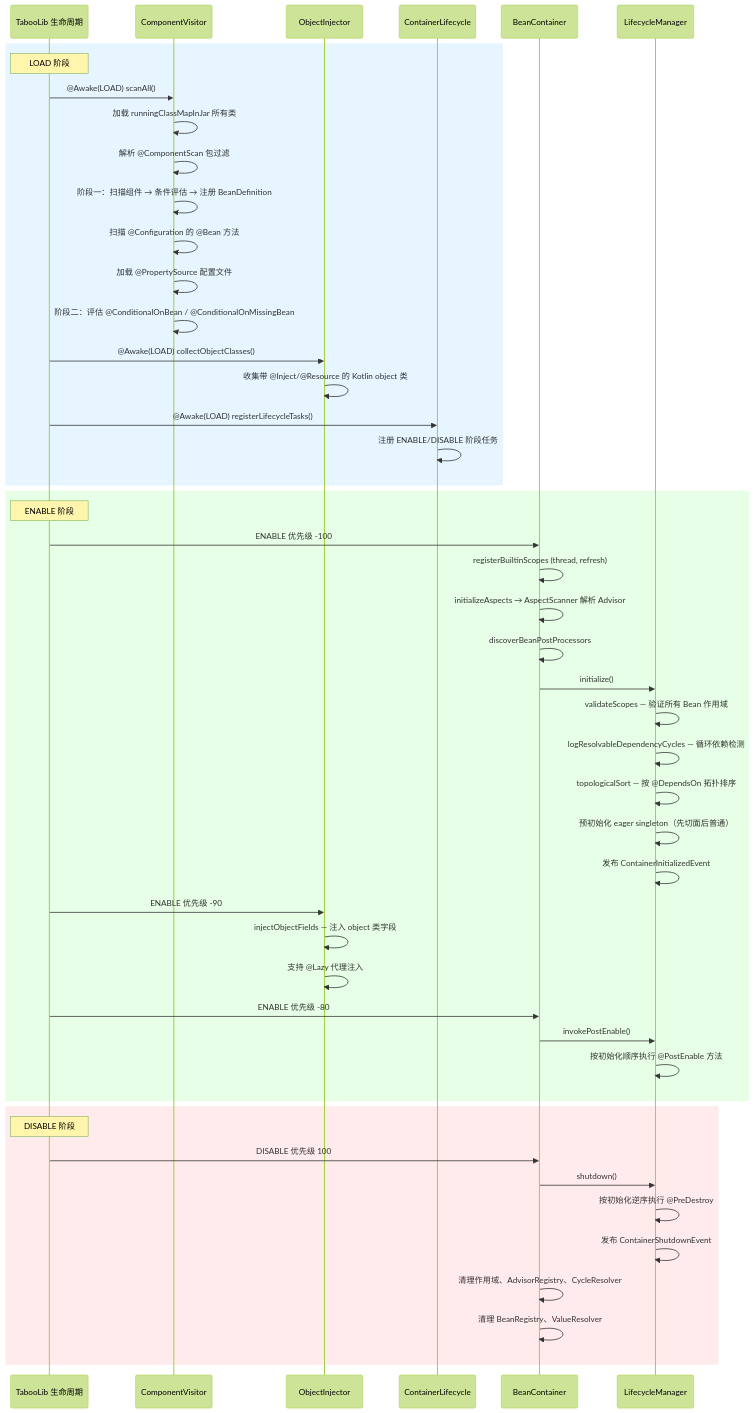
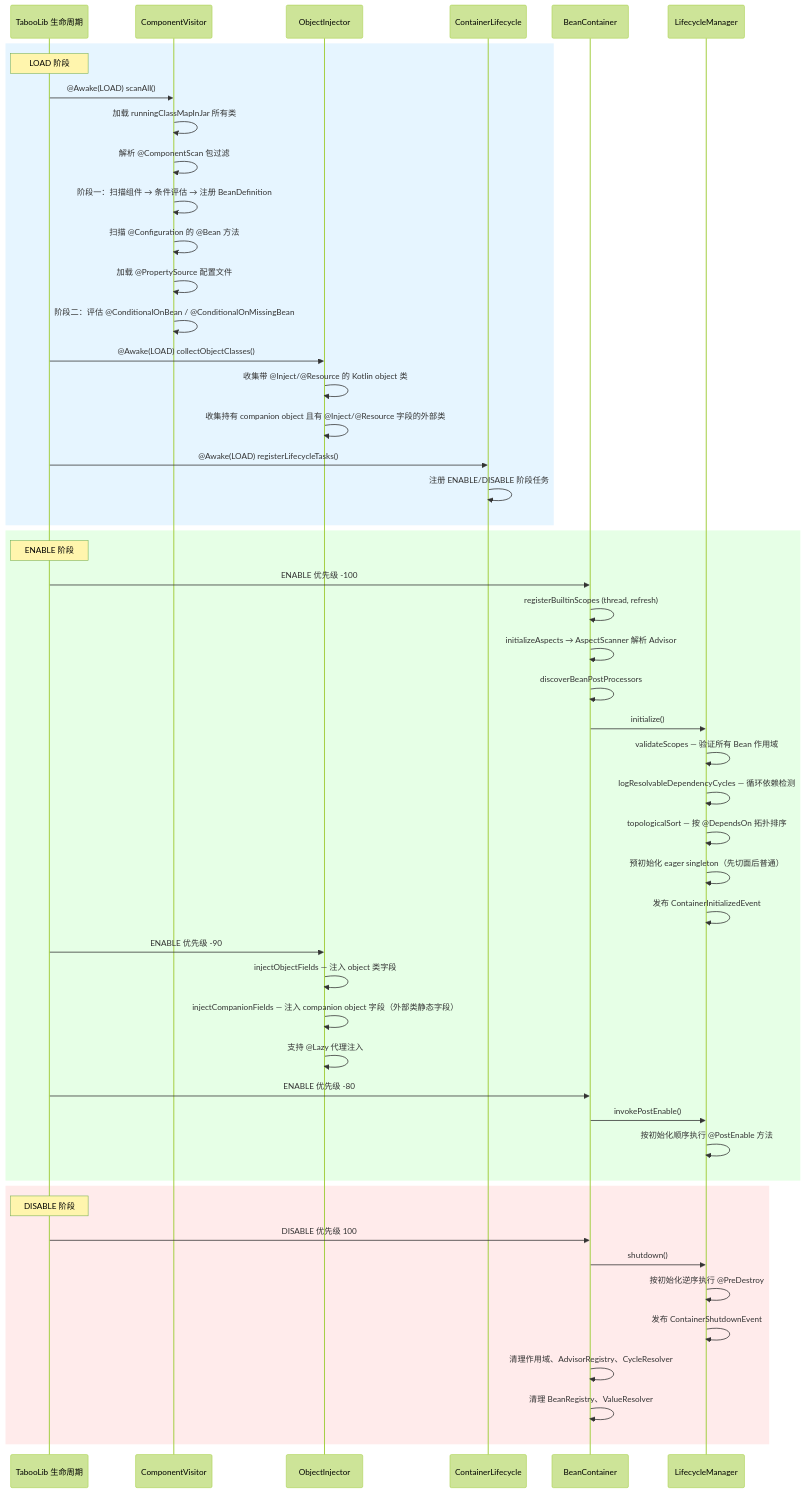
Before and after one commit to wcpe/taboolib-ioc: the second of 4 diagrams in docs/architecture.md, drawn with Mermaid (forest theme). The commit also changed other lines of this file and 3 other files, not shown here.

First line of the commit message:
feat(ioc): 支持 Kotlin companion object 自动注入

````diff
--- a/docs/architecture.md
+++ b/docs/architecture.md
@@ -76,56 +76,58 @@
 ```mermaid
 sequenceDiagram
     participant TL as TabooLib 生命周期
     participant CV as ComponentVisitor
     participant OI as ObjectInjector
     participant CL as ContainerLifecycle
     participant BC as BeanContainer
     participant LM as LifecycleManager
 
     rect rgb(230, 245, 255)
         Note over TL: LOAD 阶段
         TL->>CV: @Awake(LOAD) scanAll()
         CV->>CV: 加载 runningClassMapInJar 所有类
         CV->>CV: 解析 @ComponentScan 包过滤
         CV->>CV: 阶段一：扫描组件 → 条件评估 → 注册 BeanDefinition
         CV->>CV: 扫描 @Configuration 的 @Bean 方法
         CV->>CV: 加载 @PropertySource 配置文件
         CV->>CV: 阶段二：评估 @ConditionalOnBean / @ConditionalOnMissingBean
         TL->>OI: @Awake(LOAD) collectObjectClasses()
         OI->>OI: 收集带 @Inject/@Resource 的 Kotlin object 类
+        OI->>OI: 收集持有 companion object 且有 @Inject/@Resource 字段的外部类
         TL->>CL: @Awake(LOAD) registerLifecycleTasks()
         CL->>CL: 注册 ENABLE/DISABLE 阶段任务
     end
 
     rect rgb(230, 255, 230)
         Note over TL: ENABLE 阶段
         TL->>BC: ENABLE 优先级 -100
         BC->>BC: registerBuiltinScopes (thread, refresh)
         BC->>BC: initializeAspects → AspectScanner 解析 Advisor
         BC->>BC: discoverBeanPostProcessors
         BC->>LM: initialize()
         LM->>LM: validateScopes — 验证所有 Bean 作用域
         LM->>LM: logResolvableDependencyCycles — 循环依赖检测
         LM->>LM: topologicalSort — 按 @DependsOn 拓扑排序
         LM->>LM: 预初始化 eager singleton（先切面后普通）
         LM->>LM: 发布 ContainerInitializedEvent
 
         TL->>OI: ENABLE 优先级 -90
         OI->>OI: injectObjectFields — 注入 object 类字段
+        OI->>OI: injectCompanionFields — 注入 companion object 字段（外部类静态字段）
         OI->>OI: 支持 @Lazy 代理注入
 
         TL->>BC: ENABLE 优先级 -80
         BC->>LM: invokePostEnable()
         LM->>LM: 按初始化顺序执行 @PostEnable 方法
     end
 
     rect rgb(255, 235, 235)
         Note over TL: DISABLE 阶段
         TL->>BC: DISABLE 优先级 100
         BC->>LM: shutdown()
         LM->>LM: 按初始化逆序执行 @PreDestroy
         LM->>LM: 发布 ContainerShutdownEvent
         BC->>BC: 清理作用域、AdvisorRegistry、CycleResolver
         BC->>BC: 清理 BeanRegistry、ValueResolver
     end
 ```
````
